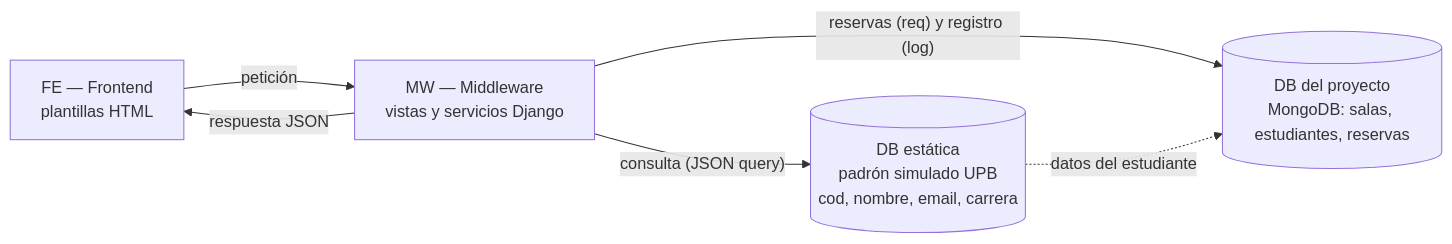
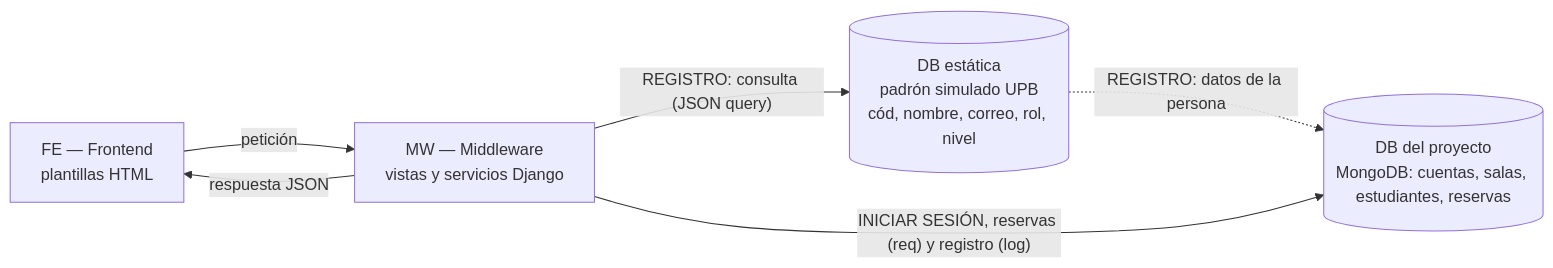
Before and after one commit to raulandres24/campus-challenge-equipo-01: the diagram in README.md, drawn with Mermaid. The commit also changed other lines of this file and 18 other files, not shown here.

````diff
--- a/README.md
+++ b/README.md
@@ -25,8 +25,8 @@
 ```mermaid
 flowchart LR
     FE["FE — Frontend<br/>plantillas HTML"] -->|petición| MW["MW — Middleware<br/>vistas y servicios Django"]
     MW -->|respuesta JSON| FE
-    MW -->|"consulta (JSON query)"| PADRON[("DB estática<br/>padrón simulado UPB<br/>cod, nombre, email, carrera")]
-    MW -->|"reservas (req) y registro (log)"| DB[("DB del proyecto<br/>MongoDB: salas, estudiantes, reservas")]
-    PADRON -.->|"datos del estudiante"| DB
+    MW -->|"REGISTRO: consulta (JSON query)"| PADRON[("DB estática<br/>padrón simulado UPB<br/>cód, nombre, correo, rol, nivel")]
+    PADRON -.->|"REGISTRO: datos de la persona"| DB
+    MW -->|"INICIAR SESIÓN, reservas (req) y registro (log)"| DB[("DB del proyecto<br/>MongoDB: cuentas, salas, estudiantes, reservas")]
 ```
````
